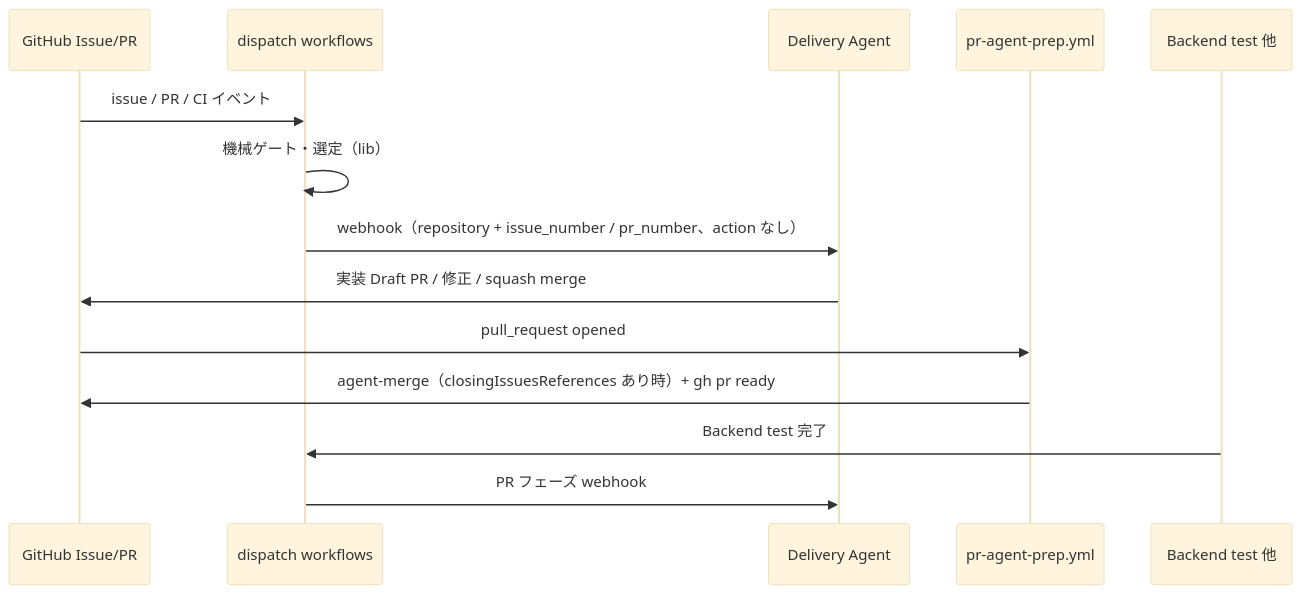
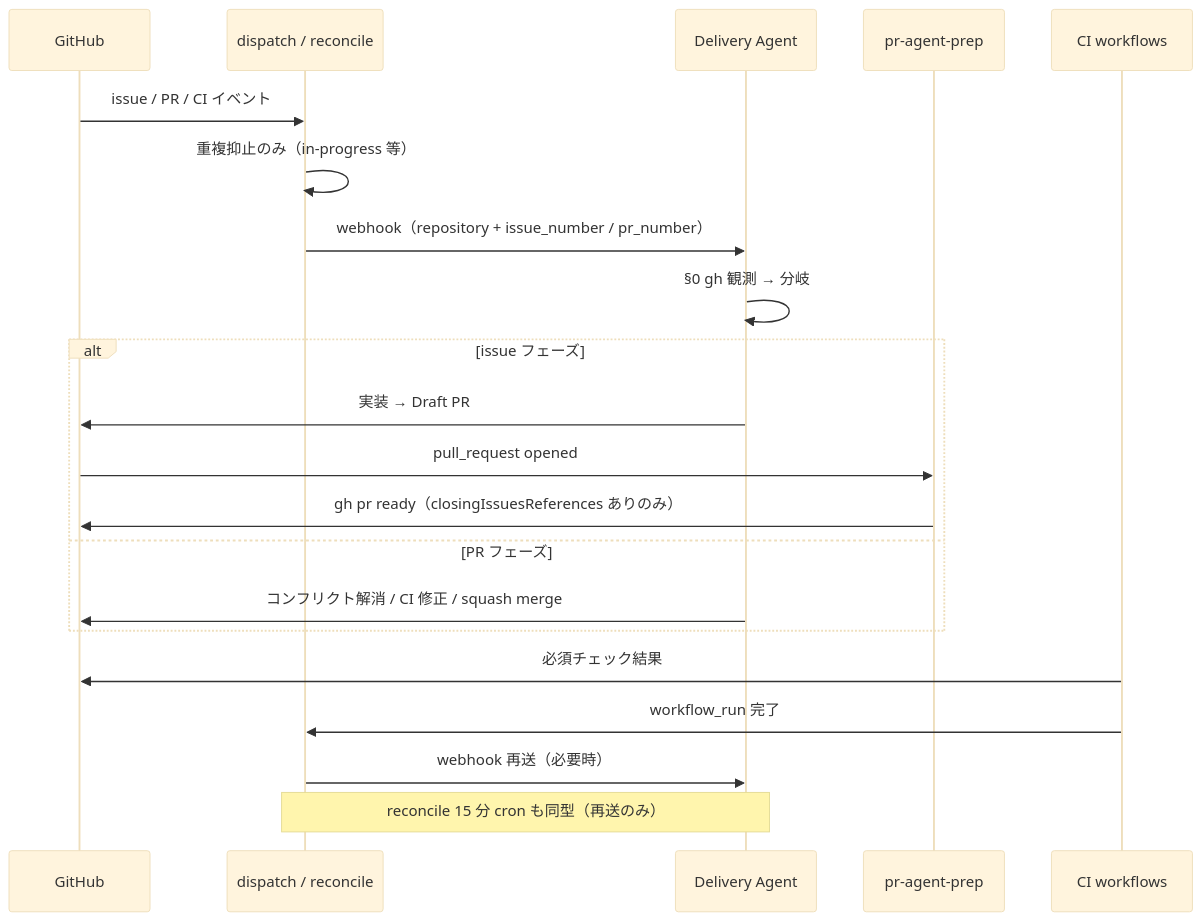
Before and after one commit to rick-chick/agrr: the second of 2 diagrams in docs/automation/CURSOR-AUTOMATION-AND-GITHUB-WORKFLOWS.md, drawn with Mermaid (base theme). The commit also changed other lines of this file and 33 other files, not shown here.

````diff
--- a/docs/automation/CURSOR-AUTOMATION-AND-GITHUB-WORKFLOWS.md
+++ b/docs/automation/CURSOR-AUTOMATION-AND-GITHUB-WORKFLOWS.md
@@ -68,17 +83,24 @@
 ```mermaid
 sequenceDiagram
-  participant GH as GitHub Issue/PR
-  participant DISP as dispatch workflows
+  participant GH as GitHub
+  participant DISP as dispatch / reconcile
   participant DA as Delivery Agent
-  participant PAP as pr-agent-prep.yml
-  participant CI as Backend test 他
+  participant PAP as pr-agent-prep
+  participant CI as CI workflows
 
   GH->>DISP: issue / PR / CI イベント
-  DISP->>DISP: 機械ゲート・選定（lib）
-  DISP->>DA: webhook（repository + issue_number / pr_number、action なし）
-  DA->>GH: 実装 Draft PR / 修正 / squash merge
-  GH->>PAP: pull_request opened
-  PAP->>GH: agent-merge（closingIssuesReferences あり時）+ gh pr ready
-  CI->>DISP: Backend test 完了
-  DISP->>DA: PR フェーズ webhook
+  DISP->>DISP: 重複抑止のみ（in-progress 等）
+  DISP->>DA: webhook（repository + issue_number / pr_number）
+  DA->>DA: §0 gh 観測 → 分岐
+  alt issue フェーズ
+    DA->>GH: 実装 → Draft PR
+    GH->>PAP: pull_request opened
+    PAP->>GH: gh pr ready（closingIssuesReferences ありのみ）
+  else PR フェーズ
+    DA->>GH: コンフリクト解消 / CI 修正 / squash merge
+  end
+  CI->>GH: 必須チェック結果
+  CI->>DISP: workflow_run 完了
+  DISP->>DA: webhook 再送（必要時）
+  Note over DISP,DA: reconcile 15 分 cron も同型（再送のみ）
 ```
````
